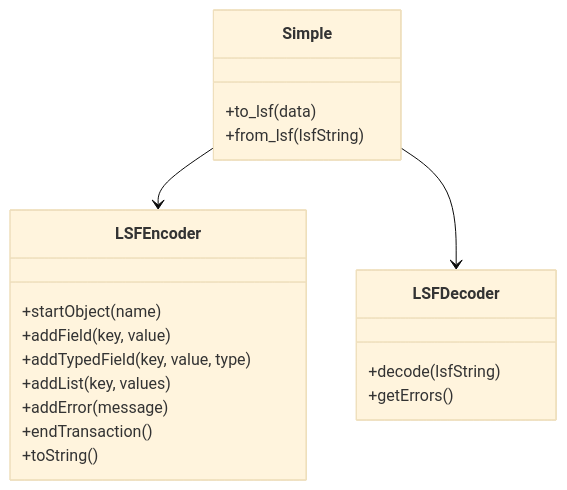
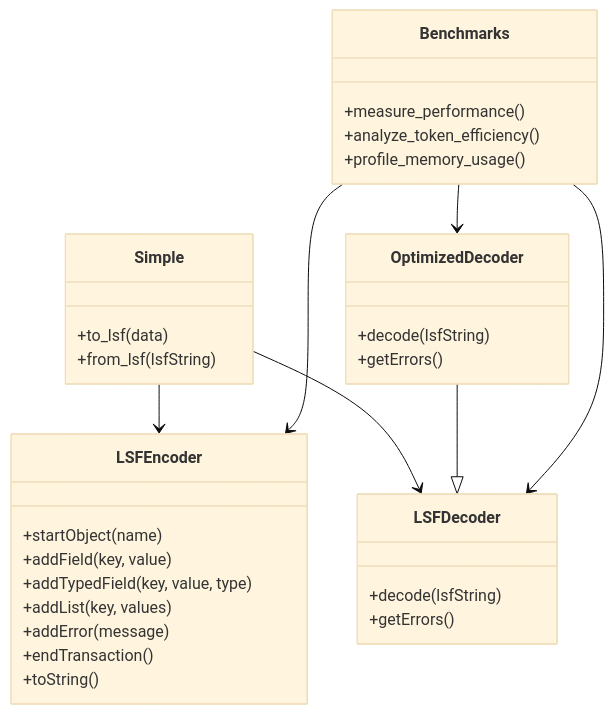
One commit to LadislavSopko/lsf changed the second of 3 diagrams in .memory-bank/systemPatterns.md. Above: the diagram before and after it, drawn with Mermaid (base theme). The commit also changed other lines of this file and 3 other files, not shown here.

````diff
--- a/.memory-bank/systemPatterns.md
+++ b/.memory-bank/systemPatterns.md
@@ -98,25 +112,42 @@
 ```mermaid
 classDiagram
     class LSFEncoder {
         +startObject(name)
         +addField(key, value)
         +addTypedField(key, value, type)
         +addList(key, values)
         +addError(message)
         +endTransaction()
         +toString()
     }
     
     class LSFDecoder {
         +decode(lsfString)
         +getErrors()
     }
     
     class Simple {
         +to_lsf(data)
         +from_lsf(lsfString)
     }
     
     Simple --> LSFEncoder
     Simple --> LSFDecoder
+    
+    class OptimizedDecoder {
+        +decode(lsfString)
+        +getErrors()
+    }
+    
+    OptimizedDecoder --|> LSFDecoder
+    
+    class Benchmarks {
+        +measure_performance()
+        +analyze_token_efficiency()
+        +profile_memory_usage()
+    }
+    
+    Benchmarks --> LSFEncoder
+    Benchmarks --> LSFDecoder
+    Benchmarks --> OptimizedDecoder
 ```
````
